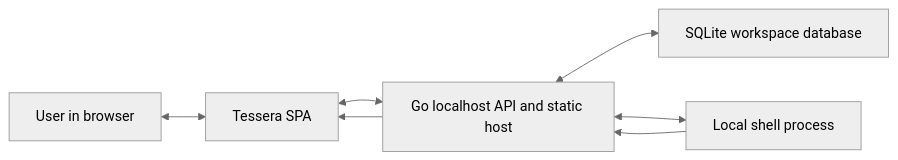
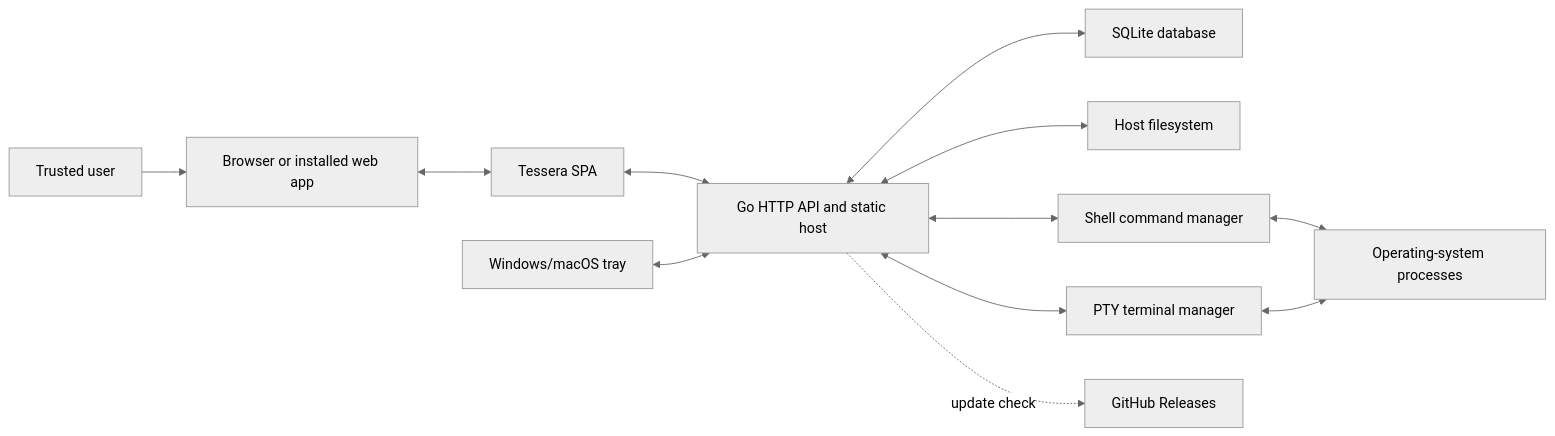
The diagram in ARCHITECTURE.md (umpecca/tessera), drawn with Mermaid (neutral theme) before and after one commit. The commit also changed other lines of this file and 66 other files, not shown here.

````diff
--- a/ARCHITECTURE.md
+++ b/ARCHITECTURE.md
@@ -59,9 +93,14 @@
 ```mermaid
 flowchart LR
-  U["User in browser"] <--> SPA["Tessera SPA"]
-  SPA <--> API["Go localhost API and static host"]
-  API <--> DB["SQLite workspace database"]
-  API <--> SH["Local shell process"]
-  SH --> API
-  API --> SPA
+  USER["Trusted user"] --> BROWSER["Browser or installed web app"]
+  BROWSER <--> SPA["Tessera SPA"]
+  SPA <--> API["Go HTTP API and static host"]
+  API <--> DB["SQLite database"]
+  API <--> FS["Host filesystem"]
+  API <--> RUNS["Shell command manager"]
+  API <--> PTY["PTY terminal manager"]
+  RUNS <--> OS["Operating-system processes"]
+  PTY <--> OS
+  API -. update check .-> GH["GitHub Releases"]
+  TRAY["Windows/macOS tray"] <--> API
 ```
````
